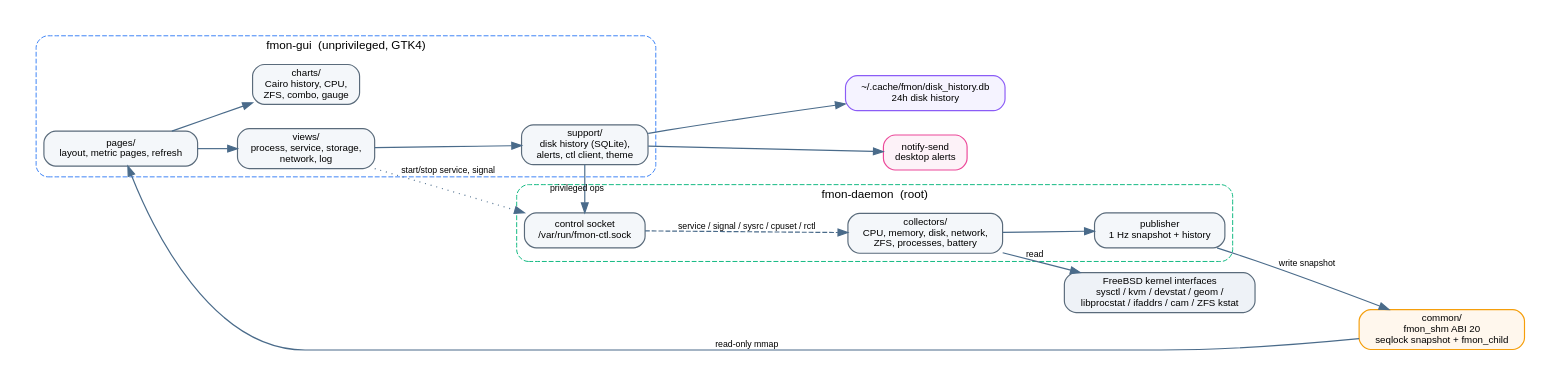
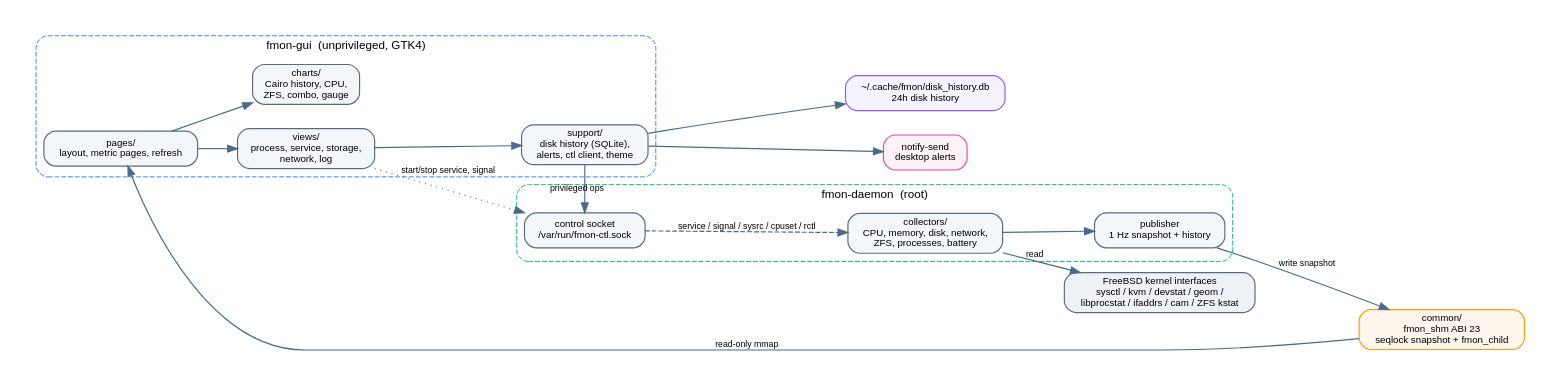
Before and after one commit to Nickhades/fmon: the diagram in docs/project-structure.dot, drawn with Graphviz. The commit also changed 102 other files, not shown here.

First line of the commit message:
fmon 1.2.0: kernel-first providers, ABI 23 validity, disk SMART/metadata, SVG app icon

```diff
--- a/docs/project-structure.dot
+++ b/docs/project-structure.dot
@@ -1,38 +1,38 @@
 digraph fmon {
   graph [rankdir=LR, bgcolor="white", pad="0.3", nodesep="0.35", ranksep="0.55", fontname="Helvetica"];
   node [shape=box, style="rounded,filled", fontname="Helvetica", fontsize=10, color="#5a6b7b", fillcolor="#f4f7fa", penwidth=1.2];
   edge [color="#4a6b8a", penwidth=1.2, fontname="Helvetica", fontsize=9];
 
   subgraph cluster_gui {
     label="fmon-gui  (unprivileged, GTK4)";
     fontsize=12; color="#3b82f6"; style="rounded,dashed";
     pages [label="pages/\nlayout, metric pages, refresh"];
     views [label="views/\nprocess, service, storage,\nnetwork, log"];
     charts [label="charts/\nCairo history, CPU,\nZFS, combo, gauge"];
     support [label="support/\ndisk history (SQLite),\nalerts, ctl client, theme"];
     pages -> views; pages -> charts; views -> support;
   }
 
   subgraph cluster_daemon {
     label="fmon-daemon  (root)";
     fontsize=12; color="#10b981"; style="rounded,dashed";
     collectors [label="collectors/\nCPU, memory, disk, network,\nZFS, processes, battery"];
     publisher [label="publisher\n1 Hz snapshot + history"];
     control [label="control socket\n/var/run/fmon-ctl.sock"];
     collectors -> publisher;
   }
 
-  common [label="common/\nfmon_shm ABI 20\nseqlock snapshot + fmon_child", fillcolor="#fff7ed", color="#f59e0b"];
+  common [label="common/\nfmon_shm ABI 23\nseqlock snapshot + fmon_child", fillcolor="#fff7ed", color="#f59e0b"];
   os [label="FreeBSD kernel interfaces\nsysctl / kvm / devstat / geom /\nlibprocstat / ifaddrs / cam / ZFS kstat", fillcolor="#eef2f7"];
   sqlite [label="~/.cache/fmon/disk_history.db\n24h disk history", fillcolor="#f5f3ff", color="#8b5cf6"];
   notify [label="notify-send\ndesktop alerts", fillcolor="#fdf2f8", color="#ec4899"];
 
   publisher -> common [label="write snapshot"];
   common -> pages [label="read-only mmap"];
   support -> control [label="privileged ops"];
   control -> collectors [label="service / signal / sysrc / cpuset / rctl", style=dashed];
   collectors -> os [label="read"];
   support -> sqlite;
   support -> notify;
   views -> control [label="start/stop service, signal", style=dotted];
 }
```
